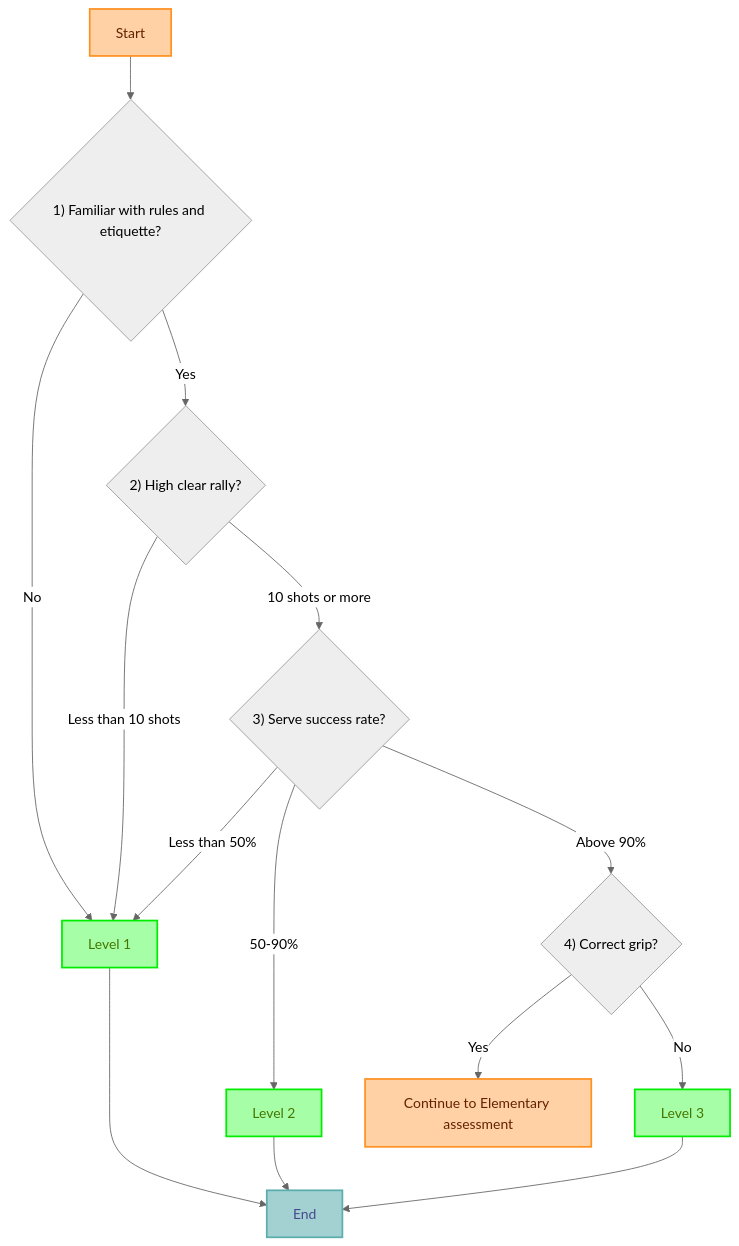
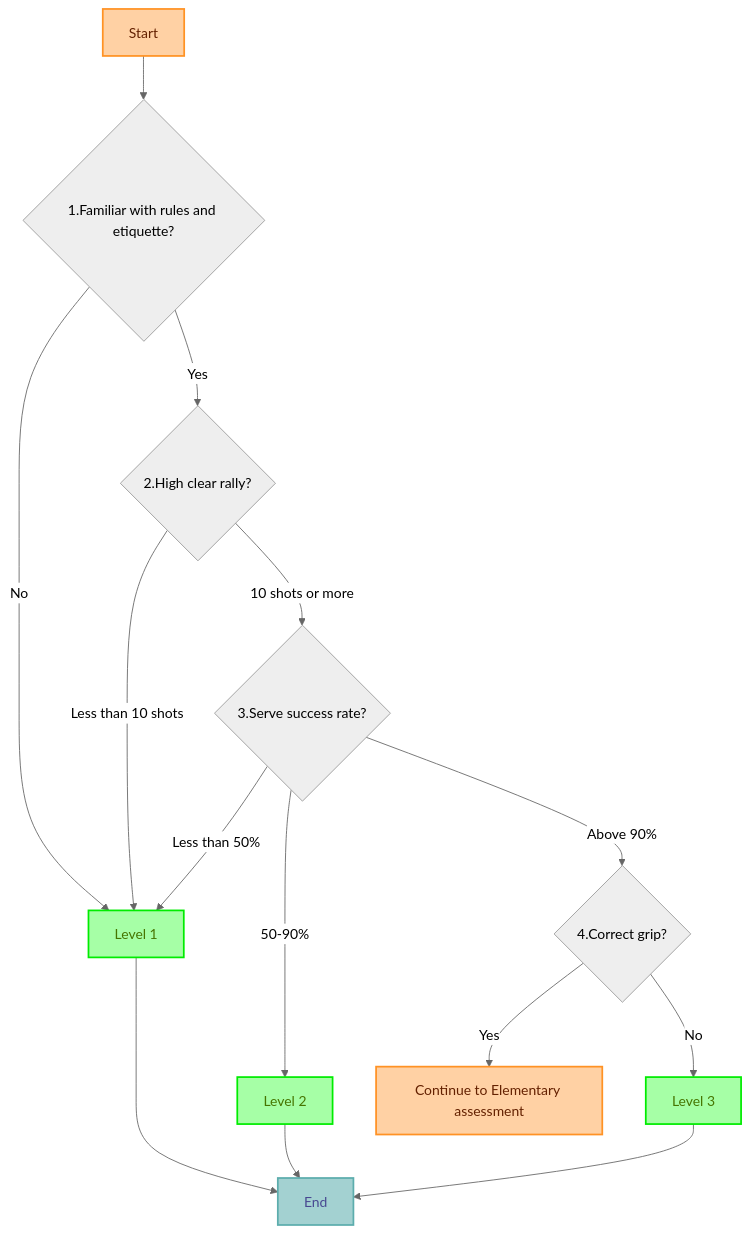
The first of 4 diagrams in README-en.md (showaykerker/badminton-level-evaluator-linebot), drawn with Mermaid (neutral theme) before and after one commit. The commit also changed other lines of this file, not shown here.

Commit message:
chore: Update questionnaire graph labels to avoid mermaid error

````diff
--- a/README-en.md
+++ b/README-en.md
@@ -22,24 +22,24 @@
 ```mermaid
 graph TD
-    A[Start] --> B{"1) Familiar with rules and etiquette?"}
+    A[Start] --> B{"1.Familiar with rules and etiquette?"}
     B -->|No| Z1[Level 1]
-    B -->|Yes| C{"2) High clear rally?"}
+    B -->|Yes| C{"2.High clear rally?"}
     C -->|Less than 10 shots| Z1
-    C -->|10 shots or more| D{"3) Serve success rate?"}
+    C -->|10 shots or more| D{"3.Serve success rate?"}
     D -->|Less than 50%| Z1
     D -->|50-90%| Z2[Level 2]
-    D -->|Above 90%| E{"4) Correct grip?"}
+    D -->|Above 90%| E{"4.Correct grip?"}
     E -->|No| Z3[Level 3]
     E -->|Yes| F[Continue to Elementary assessment]
 
     A:::nextStage
     Z1:::determinedLevel --> END[End]
     Z2:::determinedLevel --> END
     Z3:::determinedLevel --> END
     F:::nextStage
     END:::stopStage
 
     classDef nextStage       fill:#FFD1A4,stroke:#FF9224,stroke-width:2px,color:#642100;
     classDef determinedLevel fill:#A6FFA6,stroke:#00EC00,stroke-width:2px,color:#467500;
     classDef stopStage       fill:#A3D1D1,stroke:#5CADAD,stroke-width:2px,color:#484891;
 ```
````
